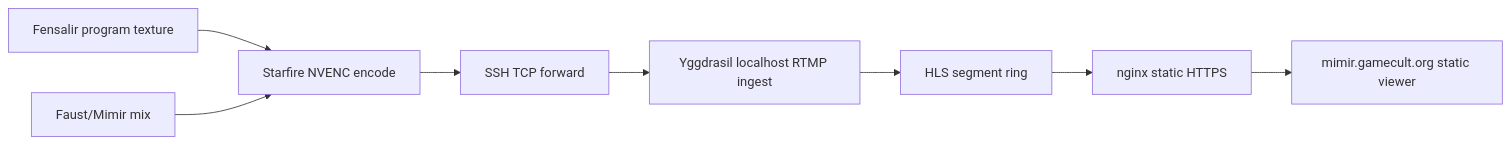
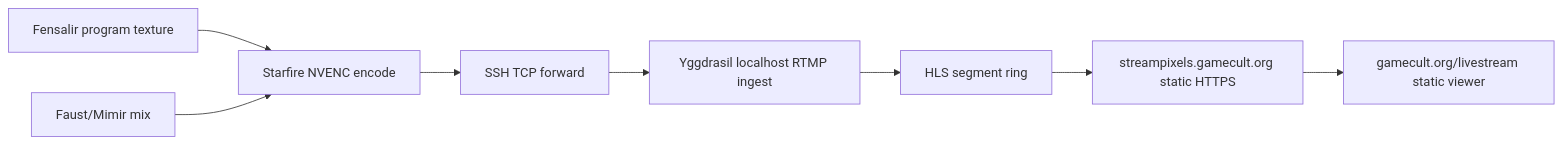
The diagram in docs/self-hosted-live-edge.md (GameCult/Mimir), drawn with Mermaid before and after one commit. The commit also changed other lines of this file and 8 other files, not shown here.

Commit message:
Move livestream viewer to root GameCult site

````diff
--- a/docs/self-hosted-live-edge.md
+++ b/docs/self-hosted-live-edge.md
@@ -6,10 +6,10 @@
 ```mermaid
 flowchart LR
     A["Fensalir program texture"] --> B["Starfire NVENC encode"]
     C["Faust/Mimir mix"] --> B
     B --> D["SSH TCP forward"]
     D --> E["Yggdrasil localhost RTMP ingest"]
     E --> F["HLS segment ring"]
-    F --> G["nginx static HTTPS"]
-    G --> H["mimir.gamecult.org static viewer"]
+    F --> G["streampixels.gamecult.org static HTTPS"]
+    G --> H["gamecult.org/livestream static viewer"]
 ```
````
